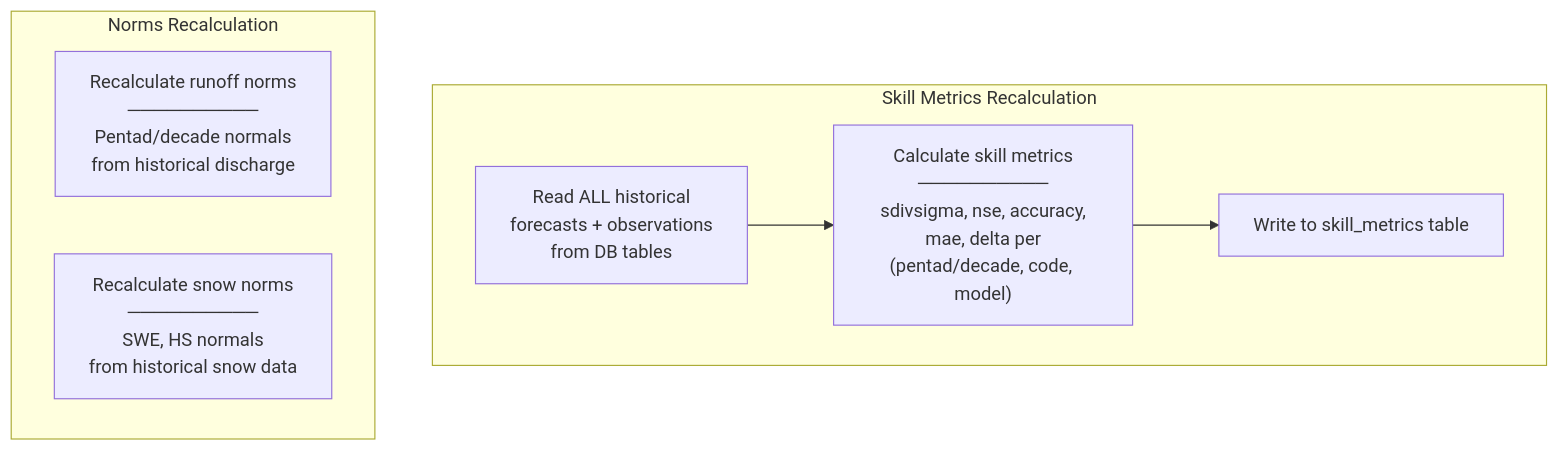
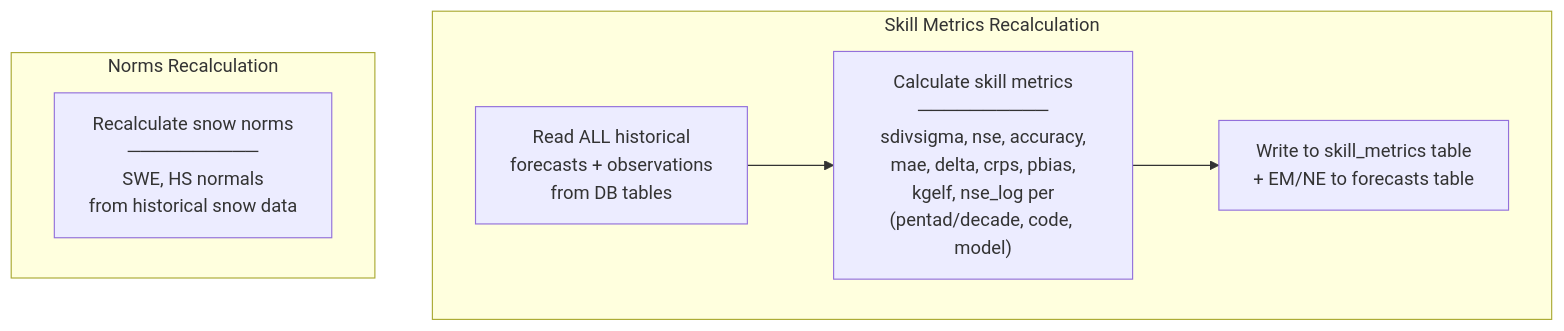
Before and after one commit to hydrosolutions/SAPPHIRE_Forecast_Tools: the fourth of 4 diagrams in doc/data_flow_short_term.md, drawn with Mermaid. The commit also changed other lines of this file and 2 other files, not shown here.

First line of the commit message:
Review and fix data flow docs, add API transition gap tracking

````diff
--- a/doc/data_flow_short_term.md
+++ b/doc/data_flow_short_term.md
@@ -180,15 +191,14 @@
 ```mermaid
 flowchart TD
     subgraph SkillMetrics["Skill Metrics Recalculation"]
         SM_READ["Read ALL historical<br/>forecasts + observations<br/>from DB tables"]
-        SM_CALC["Calculate skill metrics<br/>──────────<br/>sdivsigma, nse, accuracy,<br/>mae, delta per<br/>(pentad/decade, code, model)"]
-        SM_WRITE["Write to skill_metrics table"]
+        SM_CALC["Calculate skill metrics<br/>──────────<br/>sdivsigma, nse, accuracy,<br/>mae, delta, crps, pbias,<br/>kgelf, nse_log per<br/>(pentad/decade, code, model)"]
+        SM_WRITE["Write to skill_metrics table<br/>+ EM/NE to forecasts table"]
     end
 
     SM_READ --> SM_CALC --> SM_WRITE
 
     subgraph Norms["Norms Recalculation"]
-        N_RUNOFF["Recalculate runoff norms<br/>──────────<br/>Pentad/decade normals<br/>from historical discharge"]
         N_SNOW["Recalculate snow norms<br/>──────────<br/>SWE, HS normals<br/>from historical snow data"]
     end
 ```
````
